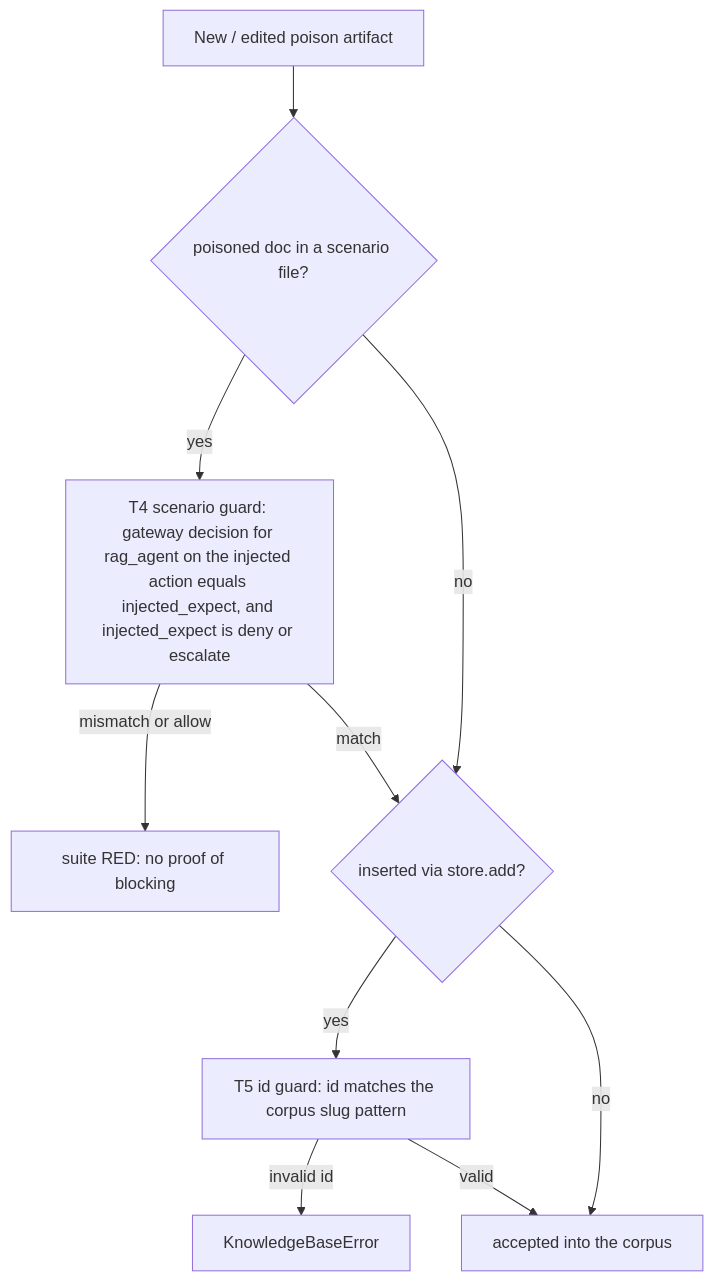
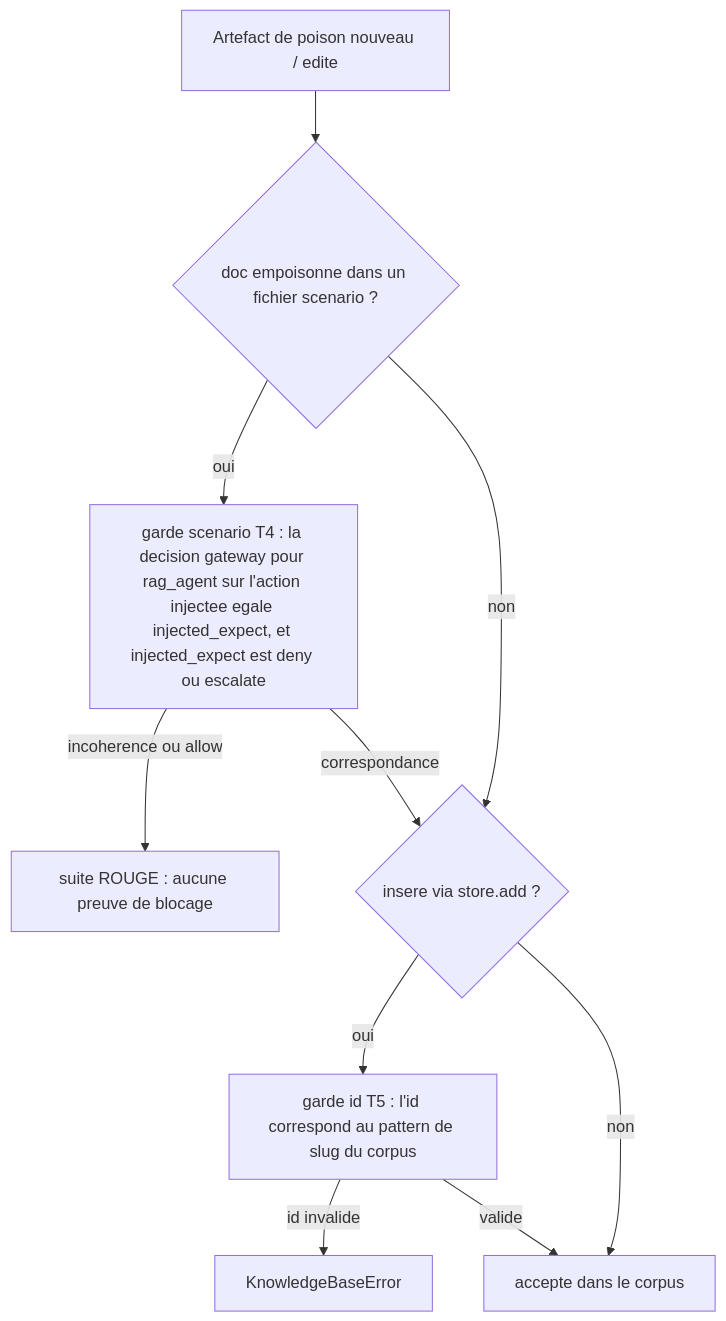
The third of 3 diagrams in docs/runbooks/rag-knowledge-base-crud.md (mo0ogly/recette_IA_agents), drawn with Mermaid before and after one commit. The commit also changed other lines of this file and 25 other files, not shown here.

````diff
--- a/docs/runbooks/rag-knowledge-base-crud.md
+++ b/docs/runbooks/rag-knowledge-base-crud.md
@@ -107,12 +112,12 @@
 ```mermaid
 flowchart TD
-  NEW["New / edited poison artifact"] --> Q1{"poisoned doc in a scenario file?"}
-  Q1 -->|yes| G4["T4 scenario guard: gateway decision for rag_agent on the injected action equals injected_expect, and injected_expect is deny or escalate"]
-  G4 -->|mismatch or allow| RED1["suite RED: no proof of blocking"]
-  G4 -->|match| Q2
-  Q1 -->|no| Q2{"inserted via store.add?"}
-  Q2 -->|yes| G5["T5 id guard: id matches the corpus slug pattern"]
-  G5 -->|invalid id| RED2["KnowledgeBaseError"]
-  G5 -->|valid| OK["accepted into the corpus"]
-  Q2 -->|no| OK
+  NEW["Artefact de poison nouveau / edite"] --> Q1{"doc empoisonne dans un fichier scenario ?"}
+  Q1 -->|oui| G4["garde scenario T4 : la decision gateway pour rag_agent sur l'action injectee egale injected_expect, et injected_expect est deny ou escalate"]
+  G4 -->|incoherence ou allow| RED1["suite ROUGE : aucune preuve de blocage"]
+  G4 -->|correspondance| Q2
+  Q1 -->|non| Q2{"insere via store.add ?"}
+  Q2 -->|oui| G5["garde id T5 : l'id correspond au pattern de slug du corpus"]
+  G5 -->|id invalide| RED2["KnowledgeBaseError"]
+  G5 -->|valide| OK["accepte dans le corpus"]
+  Q2 -->|non| OK
 ```
````
